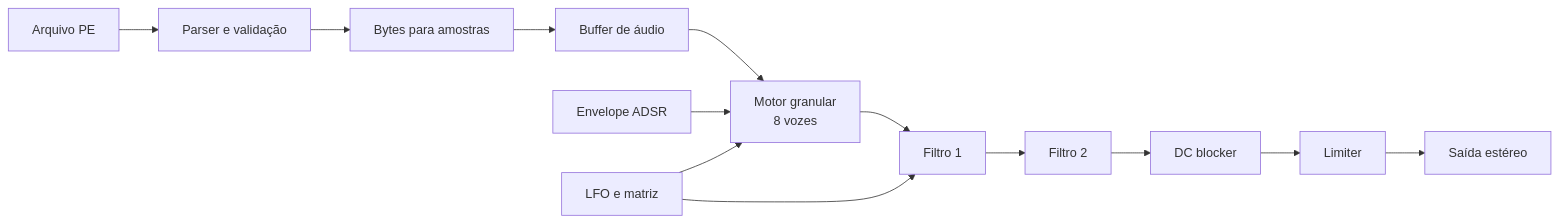
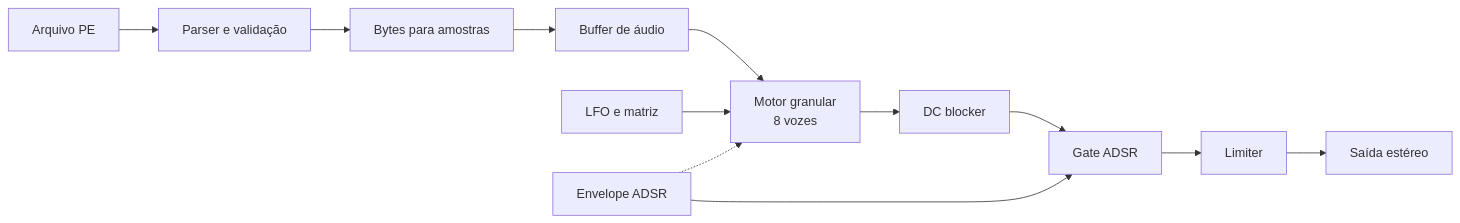
One commit to 9matesu/Opcoda changed the diagram in README.md. Above: the diagram before and after it, drawn with Mermaid. The commit also changed other lines of this file and 75 other files, not shown here.

````diff
--- a/README.md
+++ b/README.md
@@ -116,15 +134,14 @@
 ```mermaid
 flowchart LR
   A[Arquivo PE] --> B[Parser e validação]
   B --> C[Bytes para amostras]
   C --> D[Buffer de áudio]
   D --> E[Motor granular<br/>8 vozes]
-  E --> F[Filtro 1]
-  F --> G[Filtro 2]
-  G --> H[DC blocker]
-  H --> I[Limiter]
-  I --> J[Saída estéreo]
-  K[Envelope ADSR] --> E
-  L[LFO e matriz] --> E
-  L --> F
+  E --> F[DC blocker]
+  F --> G[Gate ADSR]
+  G --> H[Limiter]
+  H --> I[Saída estéreo]
+  J[LFO e matriz] --> E
+  K[Envelope ADSR] --> G
+  K -.-> E
 ```
````
